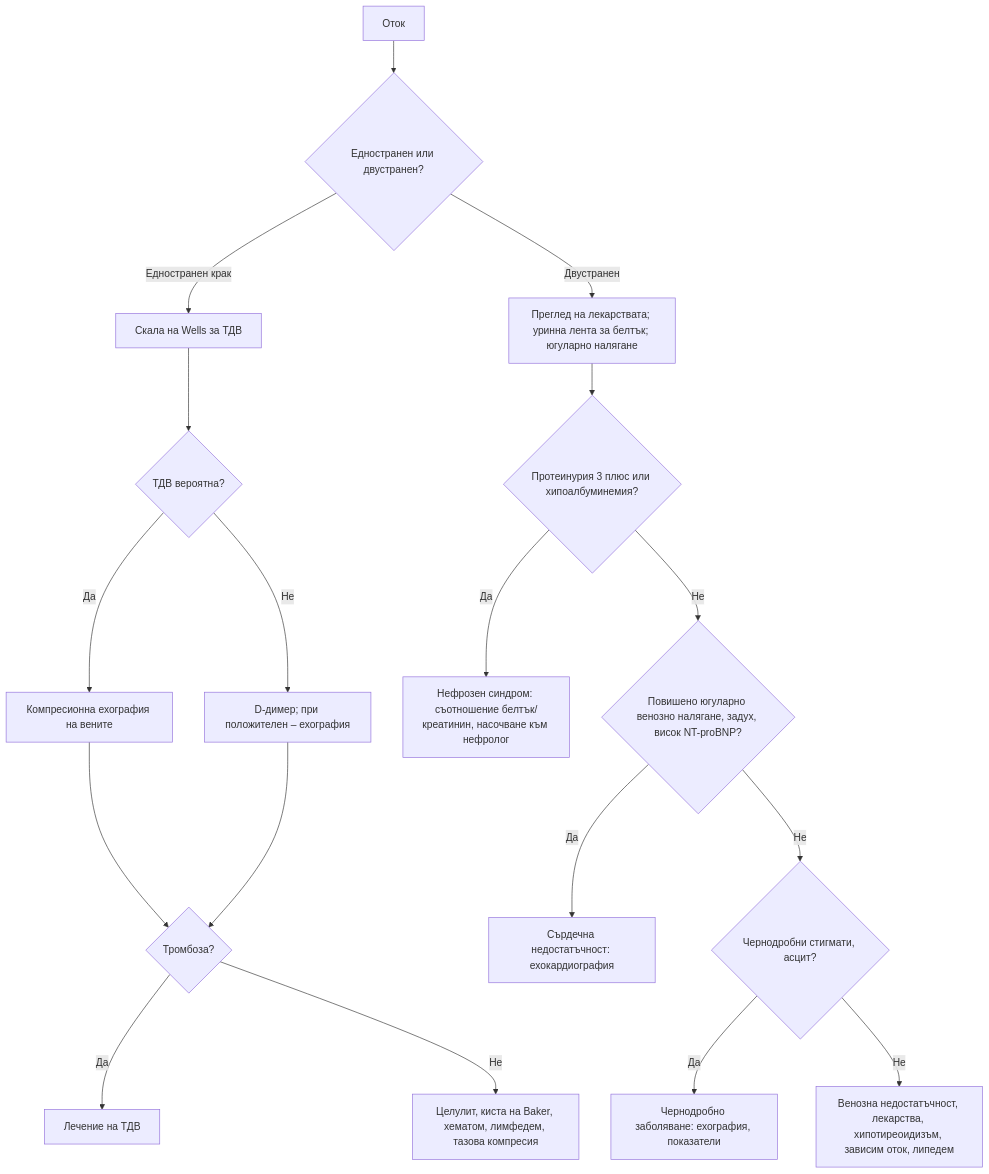
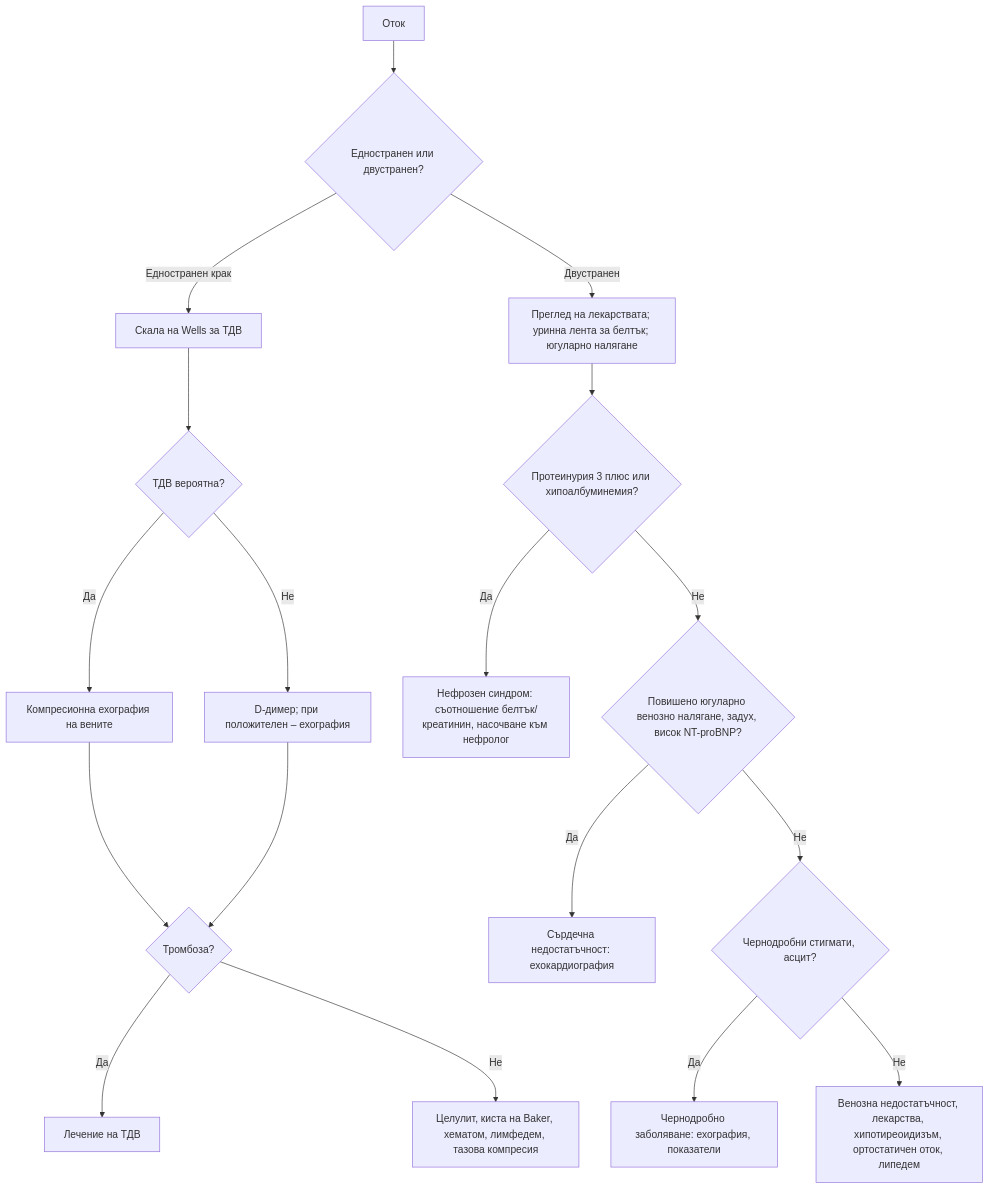
One commit to yancho26/yancho changed the diagram in glavi/08-ototsi.md. Above: the diagram before and after it, drawn with Mermaid. The commit also changed other lines of this file and 1 other file, not shown here.

````diff
--- a/glavi/08-ototsi.md
+++ b/glavi/08-ototsi.md
@@ -212,22 +212,22 @@
 ```mermaid
 flowchart TD
     accTitle: Диагностичен алгоритъм: отоци
     accDescr: Блок-схема. Начало: Оток. Въпроси: Едностранен или двустранен? · ТДВ вероятна? · Протеинурия 3 плюс или хипоалбуминемия? · Повишено югуларно венозно налягане, задух, висок NT-proBNP? · Тромбоза? · Чернодробни стигмати, асцит? Пълното текстово описание е под схемата.
     A["Оток"] --> B{"Едностранен или двустранен?"}
     B -->|Едностранен крак| C["Скала на Wells за ТДВ"]
     C --> D{"ТДВ вероятна?"}
     D -->|Да| E["Компресионна ехография на вените"]
     D -->|Не| F["D-димер; при положителен – ехография"]
     E --> G{"Тромбоза?"}
     F --> G
     G -->|Да| H["Лечение на ТДВ"]
     G -->|Не| I["Целулит, киста на Baker, хематом, лимфедем, тазова компресия"]
     B -->|Двустранен| J["Преглед на лекарствата; уринна лента за белтък; югуларно налягане"]
     J --> K{"Протеинурия 3 плюс или хипоалбуминемия?"}
     K -->|Да| L["Нефрозен синдром: съотношение белтък/креатинин, насочване към нефролог"]
     K -->|Не| M{"Повишено югуларно венозно налягане, задух, висок NT-proBNP?"}
     M -->|Да| N["Сърдечна недостатъчност: ехокардиография"]
     M -->|Не| O{"Чернодробни стигмати, асцит?"}
     O -->|Да| P["Чернодробно заболяване: ехография, показатели"]
-    O -->|Не| Q["Венозна недостатъчност, лекарства, хипотиреоидизъм, зависим оток, липедем"]
+    O -->|Не| Q["Венозна недостатъчност, лекарства, хипотиреоидизъм, ортостатичен оток, липедем"]
 ```
````
